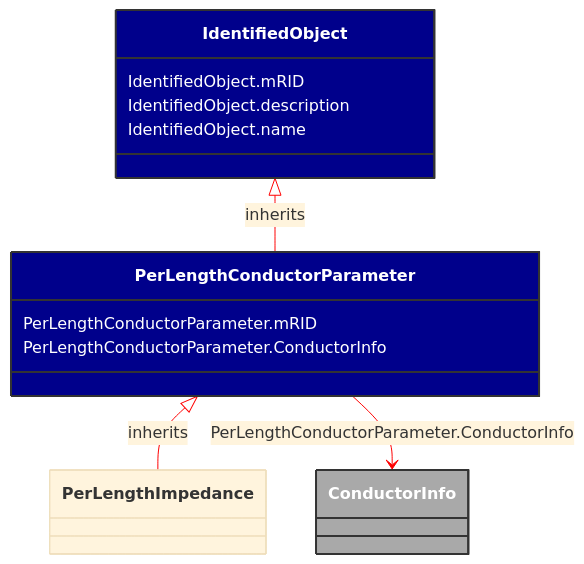
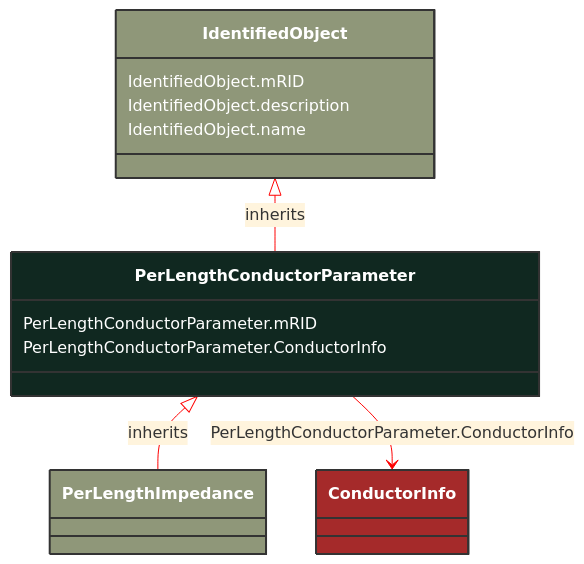
Before and after one commit to 3lbits/NoCIMExtensions: the diagram in docs/Models/Profiles/SubseaCableInfo/AbstractClasses/PerLengthConductorParameter.md, drawn with Mermaid. The commit also changed 190 other files, not shown here.

````diff
--- a/docs/Models/Profiles/SubseaCableInfo/AbstractClasses/PerLengthConductorParameter.md
+++ b/docs/Models/Profiles/SubseaCableInfo/AbstractClasses/PerLengthConductorParameter.md
@@ -10,32 +10,30 @@
 ```mermaid
 %%{init: {'theme':'base','themeVariables': {'lineColor': '#FF0000'}}}%%
 classDiagram
     class PerLengthConductorParameter
     click PerLengthConductorParameter href "/Models/Profiles/SubseaCableInfo/AbstractClasses/PerLengthConductorParameter/"
-    style PerLengthConductorParameter fill:#006400,stroke:#333,stroke-width:2px,rx:10,ry:10,color:white
+    style PerLengthConductorParameter fill:#102820,stroke:#333,stroke-width:2px,rx:10,ry:10,color:white
 
         PerLengthConductorParameter <|-- PerLengthImpedance : inherits
-            click PerLengthConductorParameter href "/Models/Profiles/SubseaCableInfo/AbstractClasses/PerLengthConductorParameter/"
-            style PerLengthConductorParameter fill:#00008B,stroke:#333,stroke-width:2px,rx:10,ry:10,color:white
 
         PerLengthImpedance
             click PerLengthImpedance href "/Models/Profiles/SubseaCableInfo/AbstractClasses/PerLengthImpedance/"
-            style PerLengthConductorParameter fill:#00008B,stroke:#333,stroke-width:2px,rx:10,ry:10,color:white
-
+            style PerLengthImpedance fill:#8F9779,stroke:#333,stroke-width:2px,rx:10,ry:10,color:white
+     
         IdentifiedObject <|-- PerLengthConductorParameter : inherits
             click IdentifiedObject href "/Models/Profiles/SubseaCableInfo/AbstractClasses/IdentifiedObject/"
-            style IdentifiedObject fill:#00008B,stroke:#333,stroke-width:2px,rx:10,ry:10,color:white
+            style IdentifiedObject fill:#8F9779,stroke:#333,stroke-width:2px,rx:10,ry:10,color:white
 
         PerLengthConductorParameter --> ConductorInfo : PerLengthConductorParameter.ConductorInfo
 
         ConductorInfo
             click ConductorInfo href "/Models/Profiles/SubseaCableInfo/AbstractClasses/ConductorInfo/"
-            style ConductorInfo fill:#A9A9A9,stroke:#333,stroke-width:2px,rx:10,ry:10,color:white
+            style ConductorInfo fill:#A52A2A,stroke:#333,stroke-width:2px,rx:10,ry:10,color:white
 
 
         PerLengthConductorParameter : PerLengthConductorParameter.mRID
         PerLengthConductorParameter : PerLengthConductorParameter.ConductorInfo
         IdentifiedObject : IdentifiedObject.mRID
         IdentifiedObject : IdentifiedObject.description
         IdentifiedObject : IdentifiedObject.name
 ```
````
